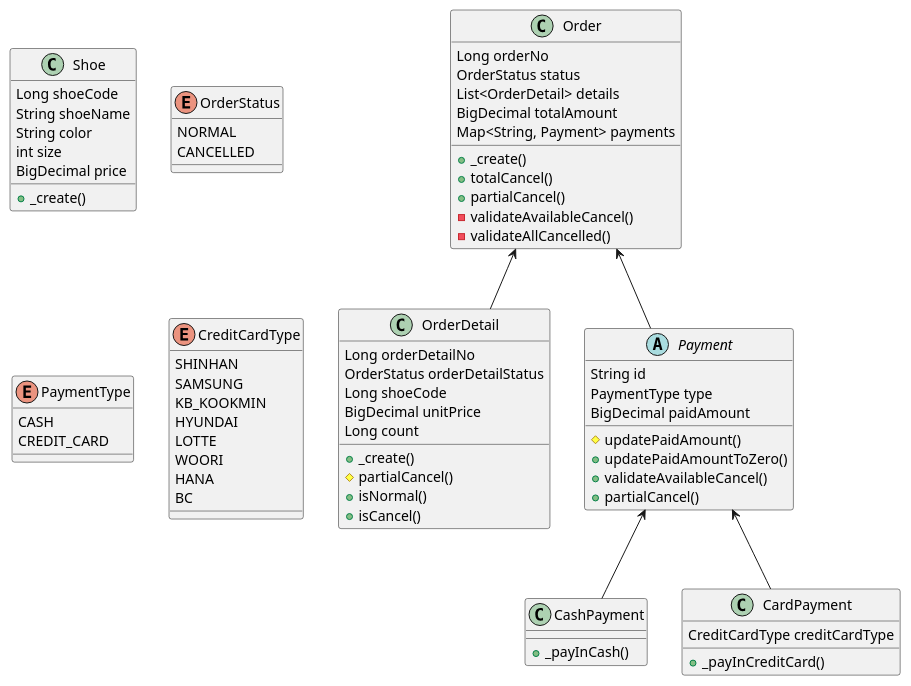
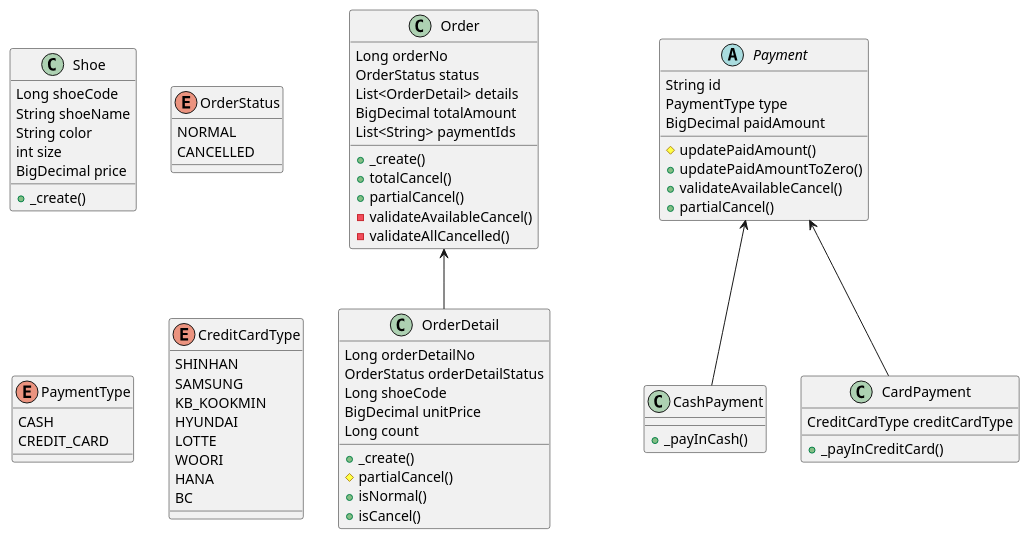
The diagram in docs/DomainStructure.puml (ABC-Mart-Owners-club/namjoon-shoe-store), drawn with PlantUML before and after one commit. The commit also changed 1 other file, not shown here.

```diff
--- a/docs/DomainStructure.puml
+++ b/docs/DomainStructure.puml
@@ -1,85 +1,84 @@
 @startuml
 
 
 
 class Shoe {
 Long shoeCode
 String shoeName
 String color
 int size
 BigDecimal price
 + _create()
 }
 
 enum OrderStatus {
 NORMAL
 CANCELLED
 }
 
 class Order {
 Long orderNo
 OrderStatus status
 List<OrderDetail> details
 BigDecimal totalAmount
-Map<String, Payment> payments
+List<String> paymentIds
 + _create()
 + totalCancel()
 + partialCancel()
 - validateAvailableCancel()
 - validateAllCancelled()
 }
 
 class OrderDetail {
 Long orderDetailNo
 OrderStatus orderDetailStatus
 Long shoeCode
 BigDecimal unitPrice
 Long count
 + _create()
 # partialCancel()
 + isNormal()
 + isCancel()
 }
 
 abstract class Payment {
 String id
 PaymentType type
 BigDecimal paidAmount
 # updatePaidAmount()
 + updatePaidAmountToZero()
 + validateAvailableCancel()
 + partialCancel()
 }
 
 class CashPayment {
 + _payInCash()
 }
 
 class CardPayment {
 CreditCardType creditCardType
 + _payInCreditCard()
 }
 
 enum PaymentType {
 CASH
 CREDIT_CARD
 }
 
 enum CreditCardType {
 SHINHAN
 SAMSUNG
 KB_KOOKMIN
 HYUNDAI
 LOTTE
 WOORI
 HANA
 BC
 }
 
 
 Order <-- OrderDetail
-Order <-- Payment
 Payment <-- CashPayment
 Payment <-- CardPayment
 
 @enduml
```
